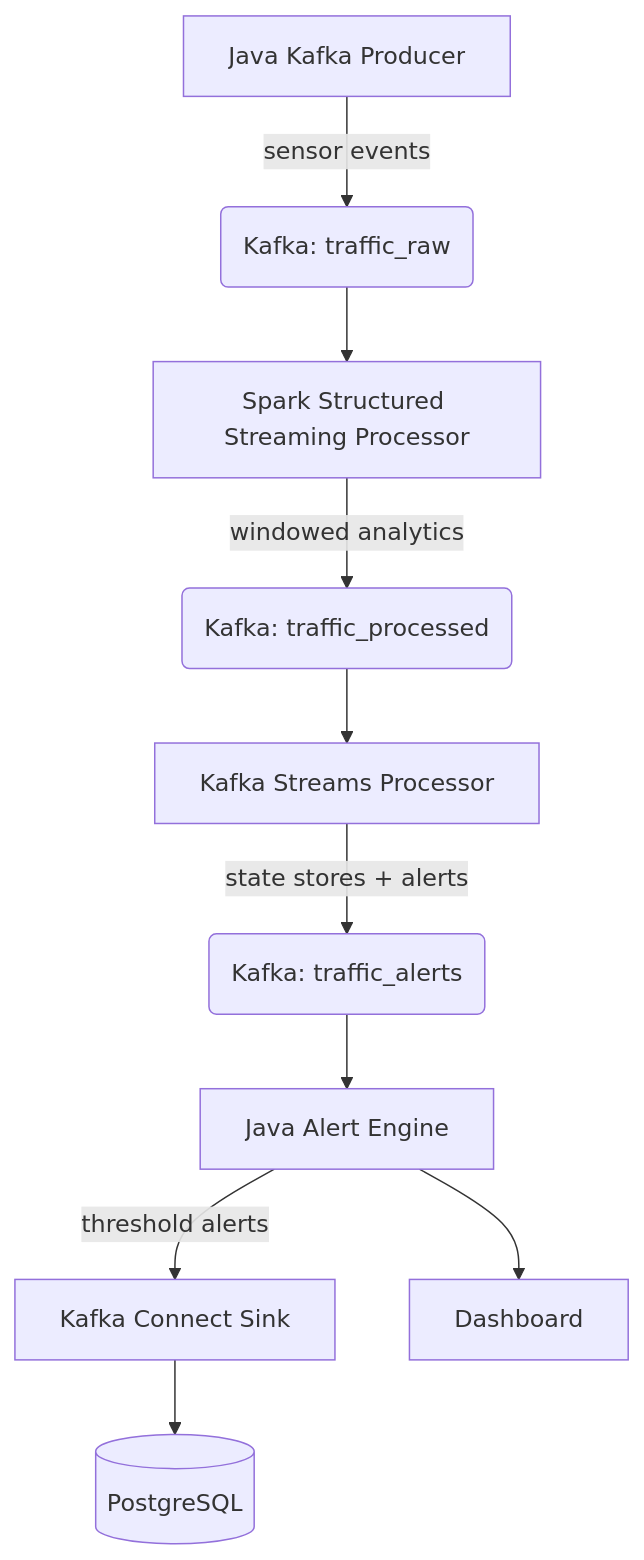
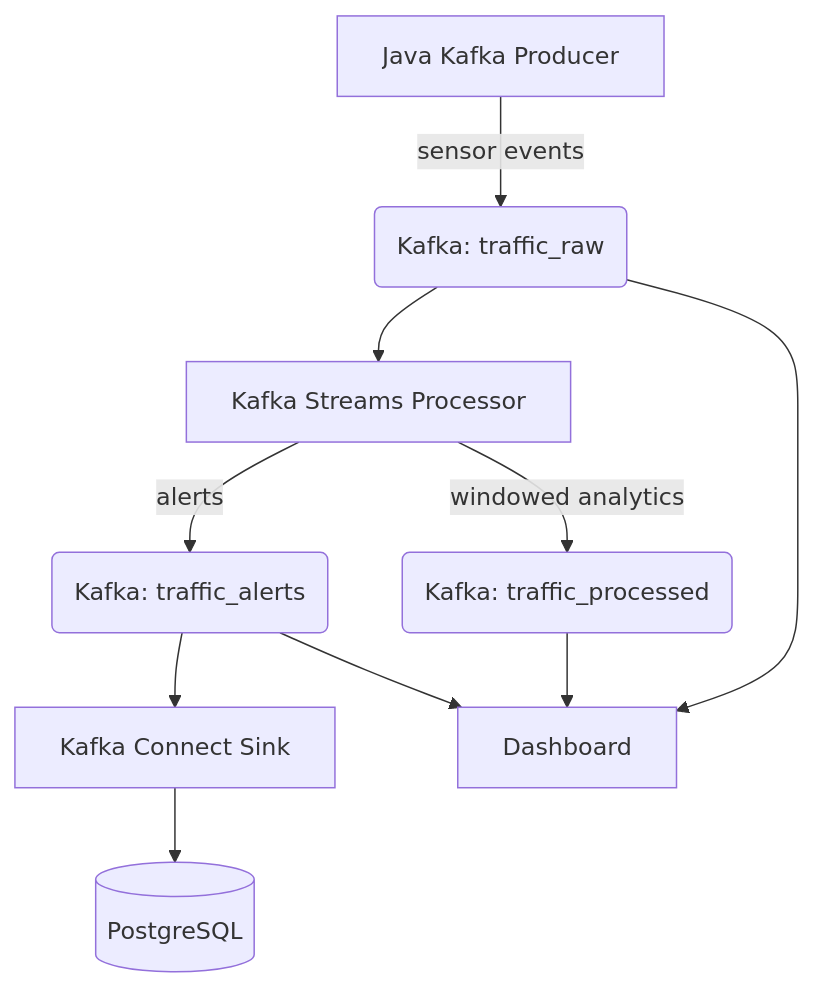
Before and after one commit to pbaletkeman/traffic-alerts: the diagram in README.md, drawn with Mermaid. The commit also changed other lines of this file and 2 other files, not shown here.

First line of the commit message:
Simplify project: consolidate epics, cut Spark/dashboard, reduce high-end to 356h

````diff
--- a/README.md
+++ b/README.md
@@ -50,12 +32,12 @@
 ```mermaid
 flowchart
     A[Java Kafka Producer] -->|sensor events| B(Kafka: traffic_raw)
-    B --> C[Spark Structured Streaming Processor]
+    B --> C[Kafka Streams Processor]
     C -->|windowed analytics| D(Kafka: traffic_processed)
-    D --> E[Kafka Streams Processor]
-    E -->|state stores + alerts| F(Kafka: traffic_alerts)
-    F --> G[Java Alert Engine]
-    G -->|threshold alerts| H[Kafka Connect Sink]
-    H --> I[(PostgreSQL)]
-    G --> J[Dashboard]
+    C -->|alerts| E(Kafka: traffic_alerts)
+    E --> F[Kafka Connect Sink]
+    F --> G[(PostgreSQL)]
+    B --> H[Dashboard]
+    D --> H
+    E --> H
 ```
````
